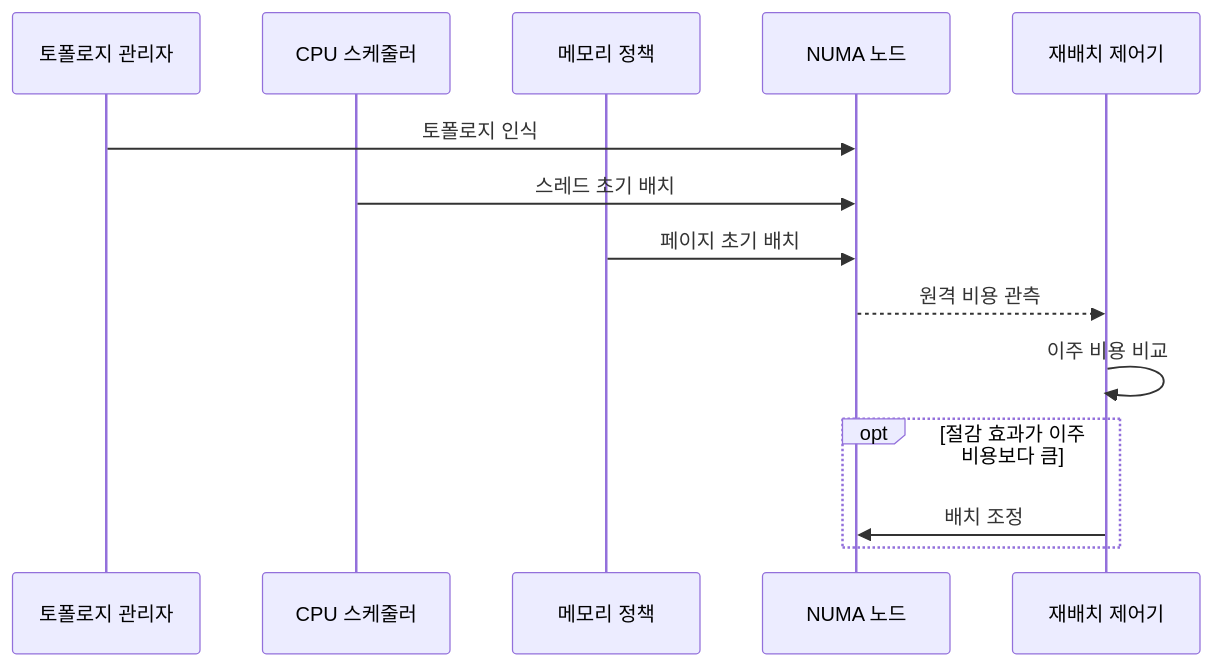
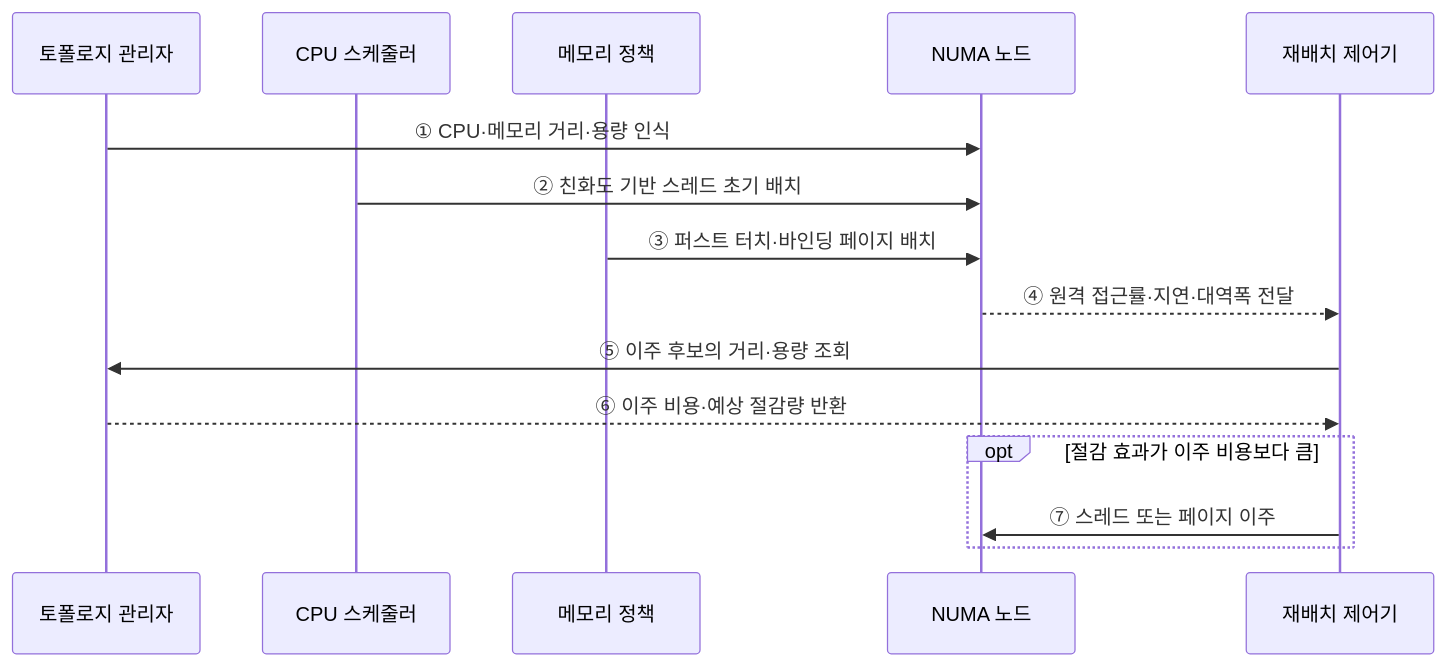
Before and after one commit to agnusdei1207/knowledge-base: the second of 2 diagrams in src/content/docs/notes/03-software/029_numa_aware_scheduling.md, drawn with Mermaid. The commit also changed other lines of this file and 20 other files, not shown here.

````diff
--- a/src/content/docs/notes/03-software/029_numa_aware_scheduling.md
+++ b/src/content/docs/notes/03-software/029_numa_aware_scheduling.md
@@ -99,16 +90,17 @@
 ```mermaid
 sequenceDiagram
     participant T as 토폴로지 관리자
     participant S as CPU 스케줄러
     participant M as 메모리 정책
     participant N as NUMA 노드
     participant R as 재배치 제어기
-    T->>N: 토폴로지 인식
-    S->>N: 스레드 초기 배치
-    M->>N: 페이지 초기 배치
-    N-->>R: 원격 비용 관측
-    R->>R: 이주 비용 비교
+    T->>N: ① CPU·메모리 거리·용량 인식
+    S->>N: ② 친화도 기반 스레드 초기 배치
+    M->>N: ③ 퍼스트 터치·바인딩 페이지 배치
+    N-->>R: ④ 원격 접근률·지연·대역폭 전달
+    R->>T: ⑤ 이주 후보의 거리·용량 조회
+    T-->>R: ⑥ 이주 비용·예상 절감량 반환
     opt 절감 효과가 이주 비용보다 큼
-        R->>N: 배치 조정
+        R->>N: ⑦ 스레드 또는 페이지 이주
     end
 ```
````
